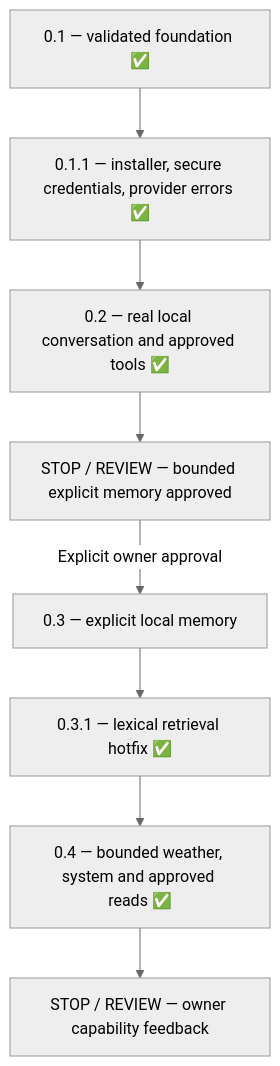
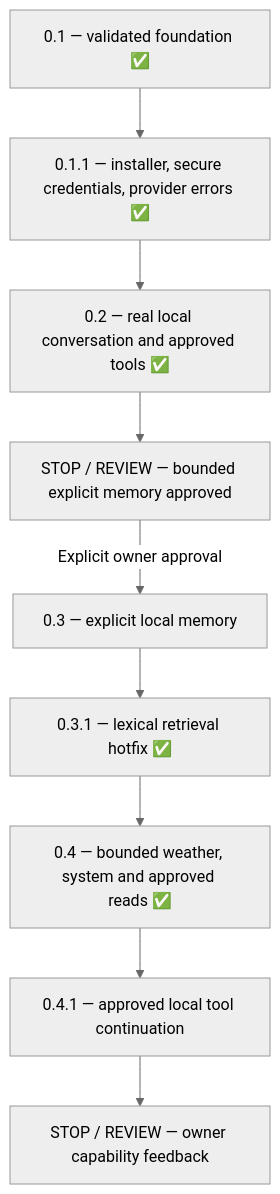
The diagram in docs/ROADMAP.md (Google-Stein/KAT), drawn with Mermaid (neutral theme) before and after one commit. The commit also changed other lines of this file and 49 other files, not shown here.

Commit message:
Resume approved local file tasks with bounded durable continuation

````diff
--- a/docs/ROADMAP.md
+++ b/docs/ROADMAP.md
@@ -8,10 +8,11 @@
 ```mermaid
 flowchart TD
   Foundation["0.1 — validated foundation ✅"] --> Installed["0.1.1 — installer, secure credentials, provider errors ✅"]
   Installed --> Local["0.2 — real local conversation and approved tools ✅"]
   Local --> Review["STOP / REVIEW — bounded explicit memory approved"]
   Review -->|"Explicit owner approval"| Intelligence["0.3 — explicit local memory"]
   Intelligence --> Retrieval["0.3.1 — lexical retrieval hotfix ✅"]
   Retrieval --> Capabilities["0.4 — bounded weather, system and approved reads ✅"]
-  Capabilities --> OwnerReview["STOP / REVIEW — owner capability feedback"]
+  Capabilities --> Continuation["0.4.1 — approved local tool continuation"]
+  Continuation --> OwnerReview["STOP / REVIEW — owner capability feedback"]
 ```
````
